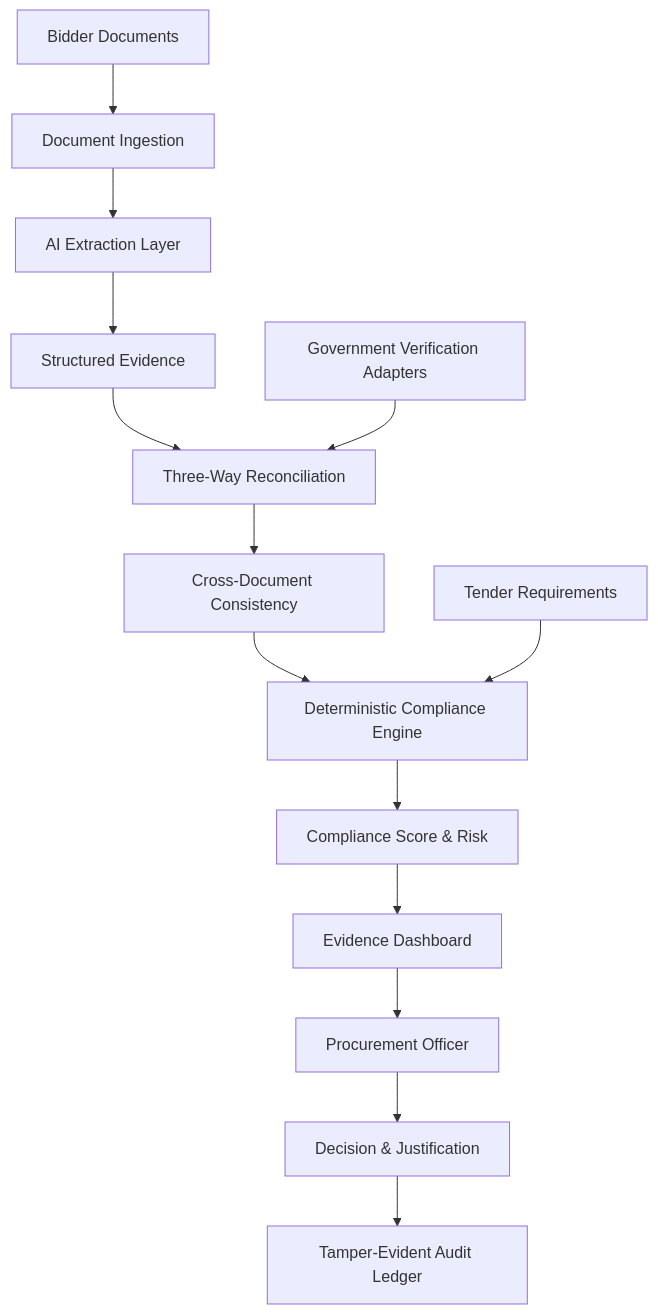
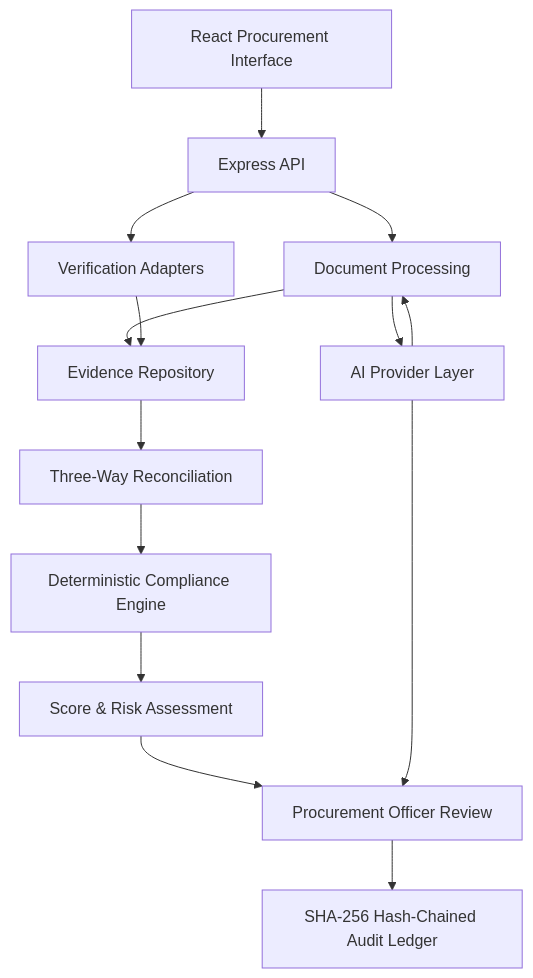
Before and after one commit to maitray-agrawal/Satyam: the diagram in README.md, drawn with Mermaid. The commit also changed other lines of this file and 41 other files, not shown here.

````diff
--- a/README.md
+++ b/README.md
@@ -90,20 +75,29 @@
 ```mermaid
 flowchart TD
-    A[Bidder Documents] --> B[Document Ingestion]
-    B --> C[AI Extraction Layer]
-    C --> D[Structured Evidence]
 
-    D --> E[Three-Way Reconciliation]
-    E --> F[Cross-Document Consistency]
-    F --> G[Deterministic Compliance Engine]
+UI["React Procurement Interface"]
+API["Express API"]
+DOC["Document Processing"]
+VERIFY["Verification Adapters"]
+EVIDENCE["Evidence Repository"]
+RECON["Three-Way Reconciliation"]
+POLICY["Deterministic Compliance Engine"]
+RISK["Score & Risk Assessment"]
+OFFICER["Procurement Officer Review"]
+AUDIT["SHA-256 Hash-Chained Audit Ledger"]
+AI["AI Provider Layer"]
 
-    H[Government Verification Adapters] --> E
-    I[Tender Requirements] --> G
-
-    G --> J[Compliance Score & Risk]
-    J --> K[Evidence Dashboard]
-
-    K --> L[Procurement Officer]
-    L --> M[Decision & Justification]
-    M --> N[Tamper-Evident Audit Ledger]
+UI --> API
+API --> DOC
+API --> VERIFY
+DOC --> EVIDENCE
+VERIFY --> EVIDENCE
+EVIDENCE --> RECON
+RECON --> POLICY
+POLICY --> RISK
+RISK --> OFFICER
+OFFICER --> AUDIT
+DOC --> AI
+AI --> DOC
+AI --> OFFICER
 ```
````
